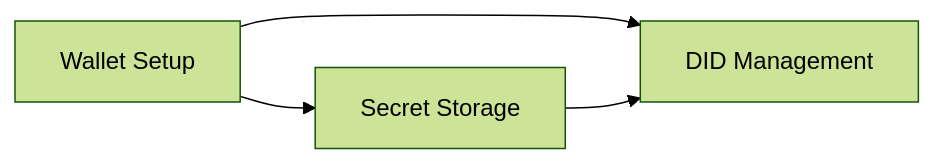
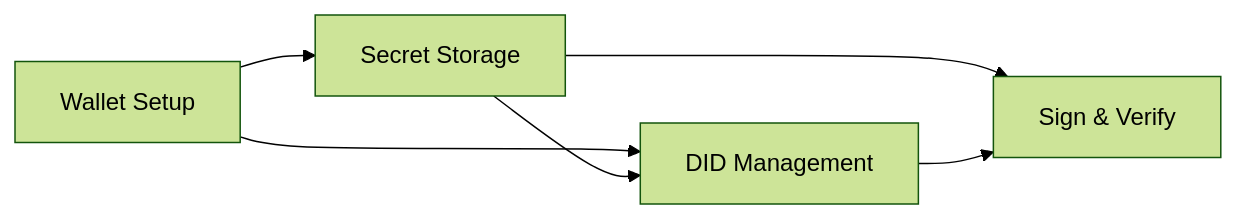
Before and after one commit to midnightntwrk/midnight-did: the second of 8 diagrams in docs-site/architecture/did-manager-service.md, drawn with Mermaid (forest theme). The commit also changed other lines of this file and 15 other files, not shown here.

First line of the commit message:
feat(manager): add sign and verify workspace

````diff
--- a/docs-site/architecture/did-manager-service.md
+++ b/docs-site/architecture/did-manager-service.md
@@ -59,10 +60,13 @@
 ```mermaid
 flowchart LR
   Wallet[Wallet Setup]
   SecretStorage[Secret Storage]
+  Signatures[Sign & Verify]
   DID[DID Management]
 
   Wallet --> SecretStorage
   Wallet --> DID
   SecretStorage --> DID
+  SecretStorage --> Signatures
+  DID --> Signatures
 ```
````
